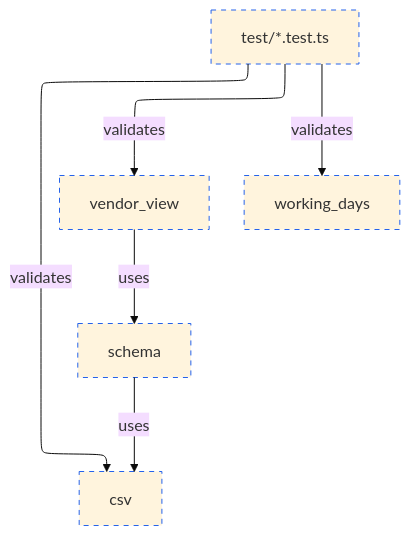
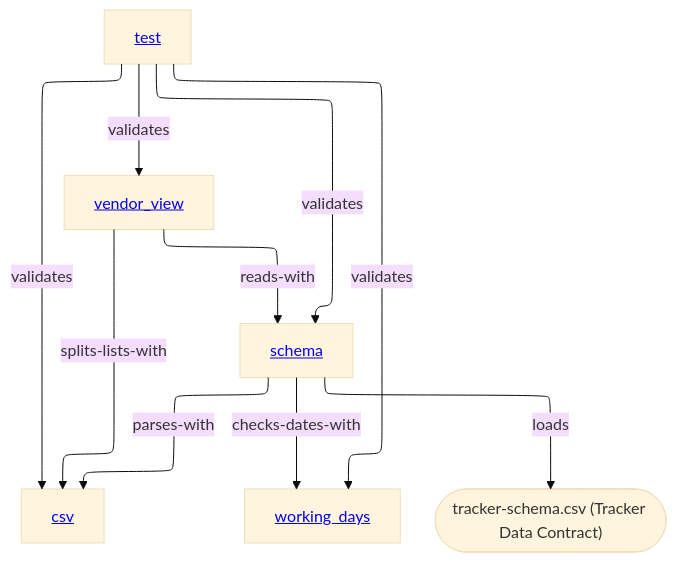
Before and after one commit to vrparthasarathy/migration-job-discovery: the diagram in tracker-tools/tracker-tables/README.md, drawn with Mermaid (base theme). The commit also changed other lines of this file and 117 other files, not shown here.

````diff
--- a/tracker-tools/tracker-tables/README.md
+++ b/tracker-tools/tracker-tables/README.md
@@ -54,19 +34,17 @@
 ```mermaid
 ---
 config:
   layout: elk
 ---
 %%{init: {"securityLevel": "loose"}}%%
 flowchart TB
-  csv["csv"]:::planned
-  schema["schema"]:::planned
-  view["vendor_view"]:::planned
-  days["working_days"]:::planned
-  tests["test/*.test.ts"]:::planned
-  schema -->|"uses"| csv
-  view -->|"uses"| schema
-  tests -->|"validates"| csv
-  tests -->|"validates"| view
-  tests -->|"validates"| days
-  classDef planned stroke-dasharray: 5 5,stroke:#2563eb
+  view["<a href='src/vendor_view.ts'>vendor_view</a>"] -->|reads-with| schema["<a href='src/schema.ts'>schema</a>"]
+  schema -->|parses-with| csv["<a href='src/csv.ts'>csv</a>"]
+  schema -->|checks-dates-with| days["<a href='src/working_days.ts'>working_days</a>"]
+  view -->|splits-lists-with| csv
+  tests["<a href='test/csv.test.ts'>test</a>"] -->|validates| view
+  tests -->|validates| schema
+  tests -->|validates| csv
+  tests -->|validates| days
+  schema -->|loads| contract(["tracker-schema.csv (Tracker Data Contract)"])
 ```
````
